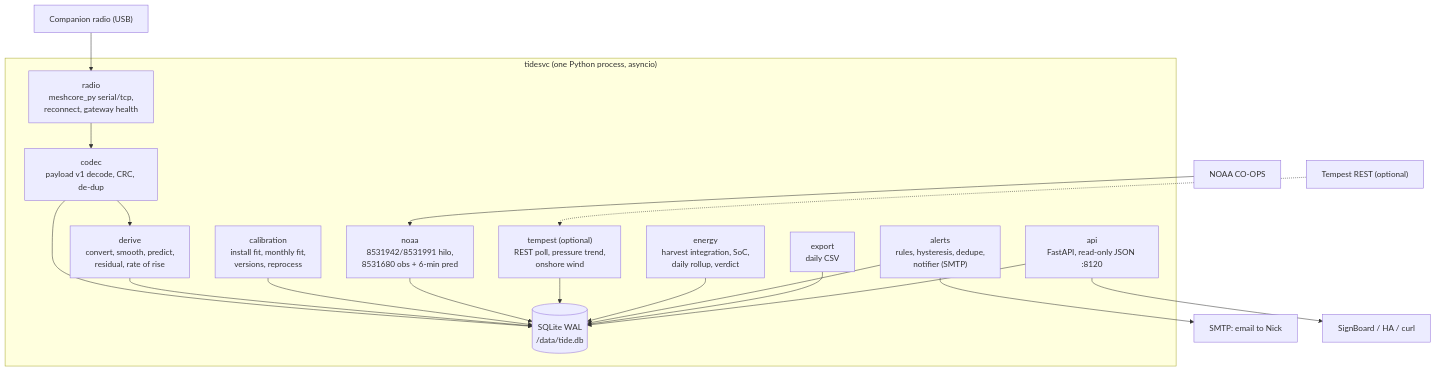
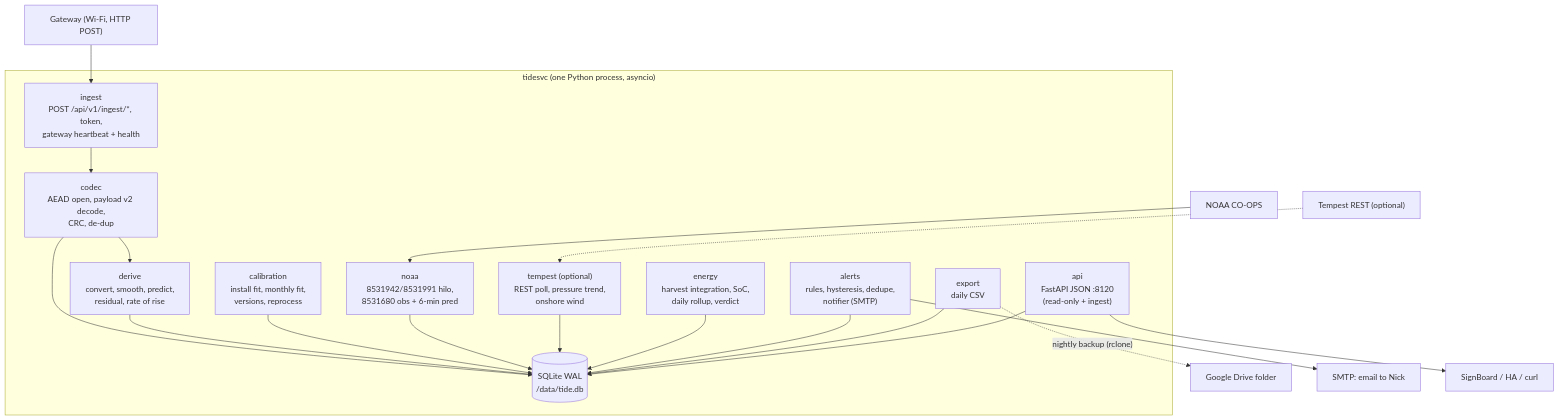
One commit to nickdnj/lora-ramp-tide-sensor changed the fifth of 6 diagrams in docs/ARCHITECTURE.md. Above: the diagram before and after it, drawn with Mermaid. The commit also changed other lines of this file and 7 other files, not shown here.

````diff
--- a/docs/ARCHITECTURE.md
+++ b/docs/ARCHITECTURE.md
@@ -424,30 +480,31 @@
 ```mermaid
 graph TB
     subgraph tidesvc["tidesvc (one Python process, asyncio)"]
-        Radio["radio<br/>meshcore_py serial/tcp,<br/>reconnect, gateway health"]
-        Codec["codec<br/>payload v1 decode, CRC, de-dup"]
+        Ingest["ingest<br/>POST /api/v1/ingest/*, token,<br/>gateway heartbeat + health"]
+        Codec["codec<br/>AEAD open, payload v2 decode,<br/>CRC, de-dup"]
         Derive["derive<br/>convert, smooth, predict,<br/>residual, rate of rise"]
         Cal["calibration<br/>install fit, monthly fit,<br/>versions, reprocess"]
         NOAA["noaa<br/>8531942/8531991 hilo,<br/>8531680 obs + 6-min pred"]
         Tem["tempest (optional)<br/>REST poll, pressure trend,<br/>onshore wind"]
         Energy["energy<br/>harvest integration, SoC,<br/>daily rollup, verdict"]
         Alerts["alerts<br/>rules, hysteresis, dedupe,<br/>notifier (SMTP)"]
         Export["export<br/>daily CSV"]
-        API["api<br/>FastAPI, read-only JSON :8120"]
+        API["api<br/>FastAPI JSON :8120<br/>(read-only + ingest)"]
         Store[("SQLite WAL<br/>/data/tide.db")]
     end
-    GW["Companion radio (USB)"] --> Radio --> Codec --> Store
+    GW["Gateway (Wi-Fi, HTTP POST)"] --> Ingest --> Codec --> Store
     Codec --> Derive
     Derive --> Store
     Cal --> Store
     NOAA --> Store
     Tem --> Store
     Energy --> Store
     Alerts --> Store
     Export --> Store
+    Export -. "nightly backup (rclone)" .-> Drive["Google Drive folder"]
     API --> Store
     NOAAapi["NOAA CO-OPS"] --> NOAA
     TemApi["Tempest REST (optional)"] -.-> Tem
     Alerts --> SMTP["SMTP: email to Nick"]
     API --> Consumers["SignBoard / HA / curl"]
 ```
````
